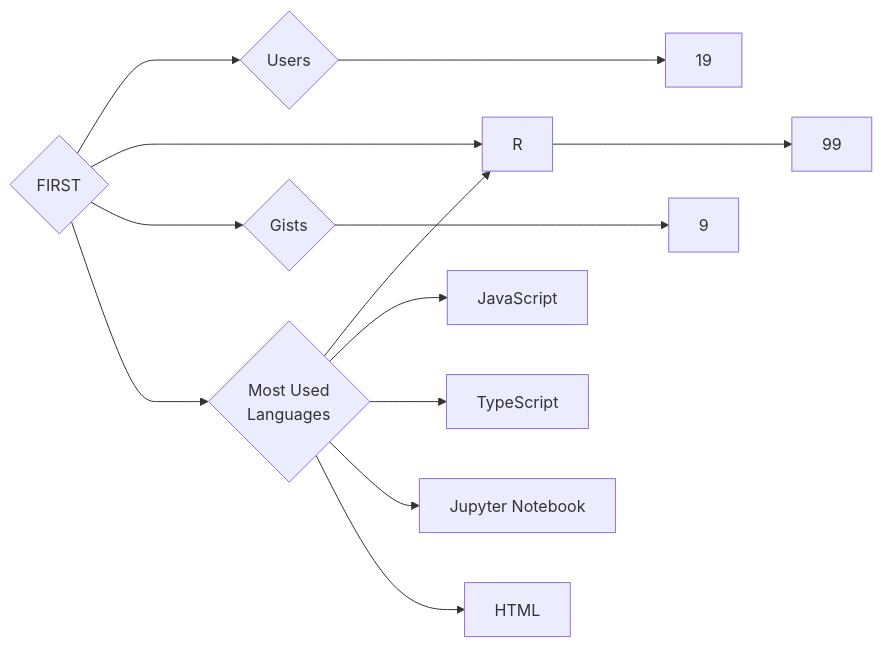
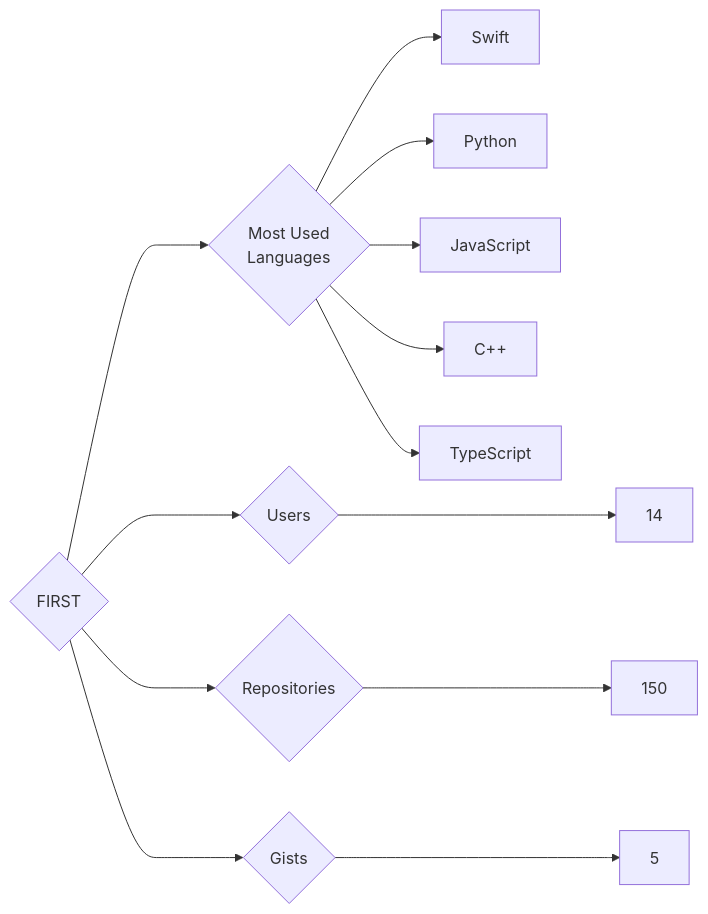
One commit to trickest/insiders changed the diagram in targets/FIRST/README.md. Above: the diagram before and after it, drawn with Mermaid. The commit also changed 925 other files, not shown here.

````diff
--- a/targets/FIRST/README.md
+++ b/targets/FIRST/README.md
@@ -3,13 +3,13 @@
 ```mermaid
 graph LR
 COMPANY_NAME{FIRST}
-COMPANY_NAME ---> U{Users} ---> UN[19]
-COMPANY_NAME ---> R{Repositories} ---> RN[99]
-COMPANY_NAME ---> G{Gists} ---> GN[9]
+COMPANY_NAME ---> U{Users} ---> UN[14]
+COMPANY_NAME ---> R{Repositories} ---> RN[150]
+COMPANY_NAME ---> G{Gists} ---> GN[5]
 COMPANY_NAME ---> ML{Most Used<br>Languages}
-ML --> R[R]
+ML --> Swift[Swift]
+ML --> Python[Python]
 ML --> JavaScript[JavaScript]
+ML --> C++[C++]
 ML --> TypeScript[TypeScript]
-ML --> Jupyter_Notebook[Jupyter Notebook]
-ML --> HTML[HTML]
 ```
````
